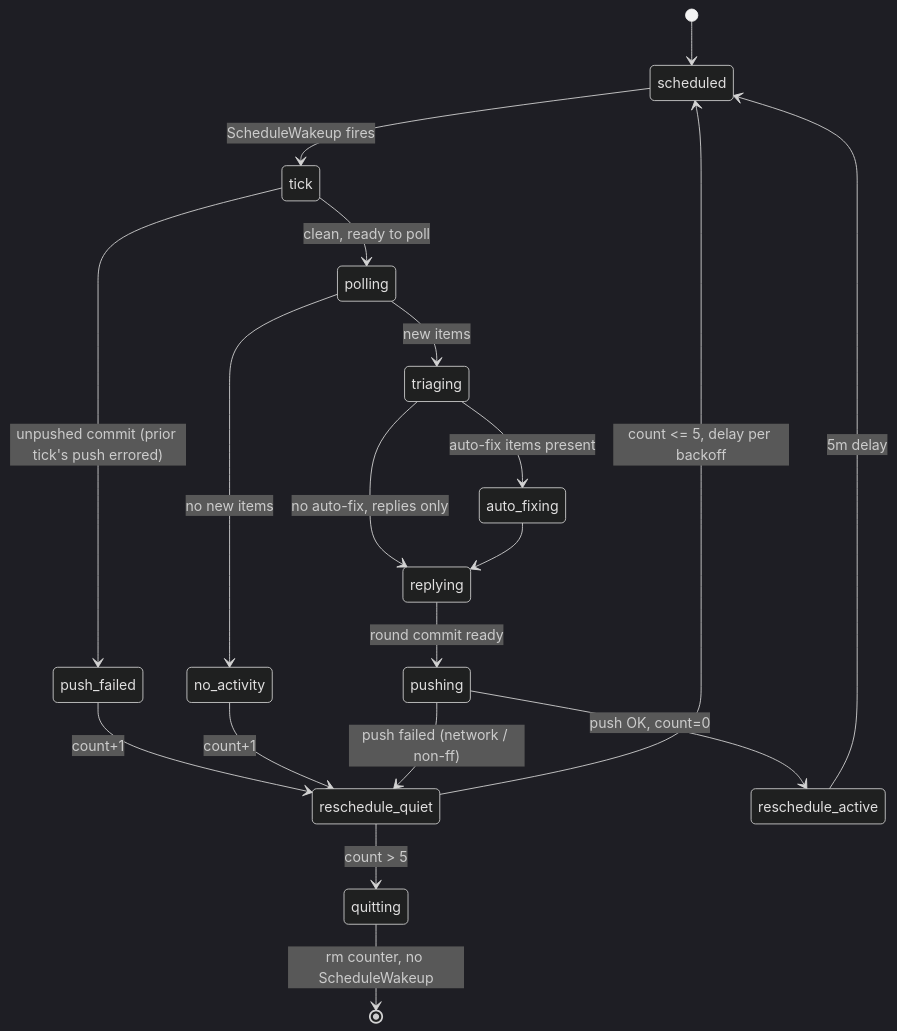
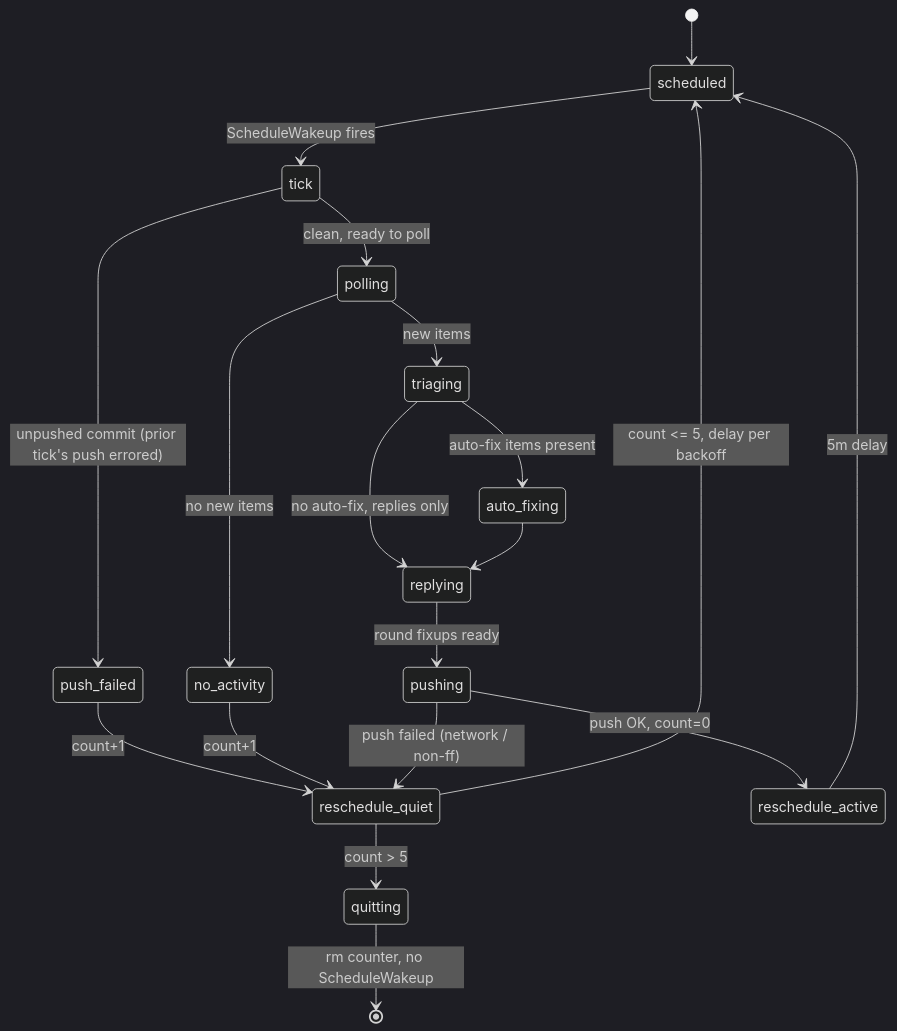
The second of 2 diagrams in doc/workflow.md (cmk/template-rust), drawn with Mermaid (dark theme) before and after one commit. The commit also changed other lines of this file and 13 other files, not shown here.

````diff
--- a/doc/workflow.md
+++ b/doc/workflow.md
@@ -121,21 +131,21 @@
 ```mermaid
 stateDiagram-v2
     [*] --> scheduled
     scheduled --> tick: ScheduleWakeup fires
     tick --> push_failed: unpushed commit (prior tick's push errored)
     tick --> polling: clean, ready to poll
     push_failed --> reschedule_quiet: count+1
     polling --> no_activity: no new items
     polling --> triaging: new items
     no_activity --> reschedule_quiet: count+1
     triaging --> auto_fixing: auto-fix items present
     triaging --> replying: no auto-fix, replies only
     auto_fixing --> replying
-    replying --> pushing: round commit ready
+    replying --> pushing: round fixups ready
     pushing --> reschedule_active: push OK, count=0
     pushing --> reschedule_quiet: push failed (network / non-ff)
     reschedule_quiet --> quitting: count > 5
     reschedule_quiet --> scheduled: count <= 5, delay per backoff
     reschedule_active --> scheduled: 5m delay
     quitting --> [*]: rm counter, no ScheduleWakeup
 ```
````
